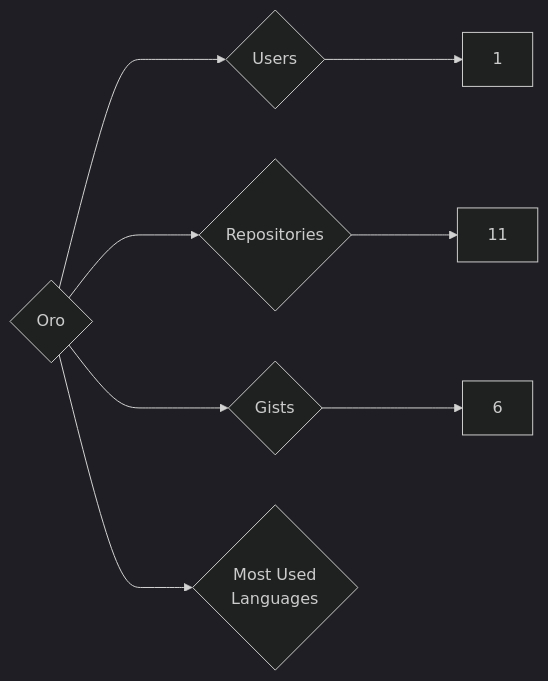
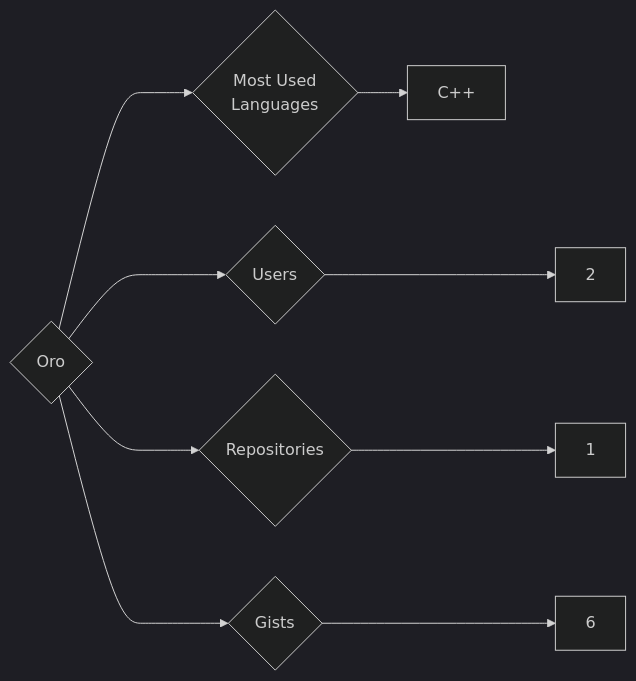
One commit to trickest/insiders changed the diagram in targets/Oro/README.md. Above: the diagram before and after it, drawn with Mermaid (dark theme). The commit also changed 1496 other files, not shown here.

````diff
--- a/targets/Oro/README.md
+++ b/targets/Oro/README.md
@@ -3,8 +3,9 @@
 ```mermaid
 graph LR
 COMPANY_NAME{Oro}
-COMPANY_NAME ---> U{Users} ---> UN[1]
-COMPANY_NAME ---> R{Repositories} ---> RN[11]
+COMPANY_NAME ---> U{Users} ---> UN[2]
+COMPANY_NAME ---> R{Repositories} ---> RN[1]
 COMPANY_NAME ---> G{Gists} ---> GN[6]
 COMPANY_NAME ---> ML{Most Used<br>Languages}
+ML --> C++[C++]
 ```
````
